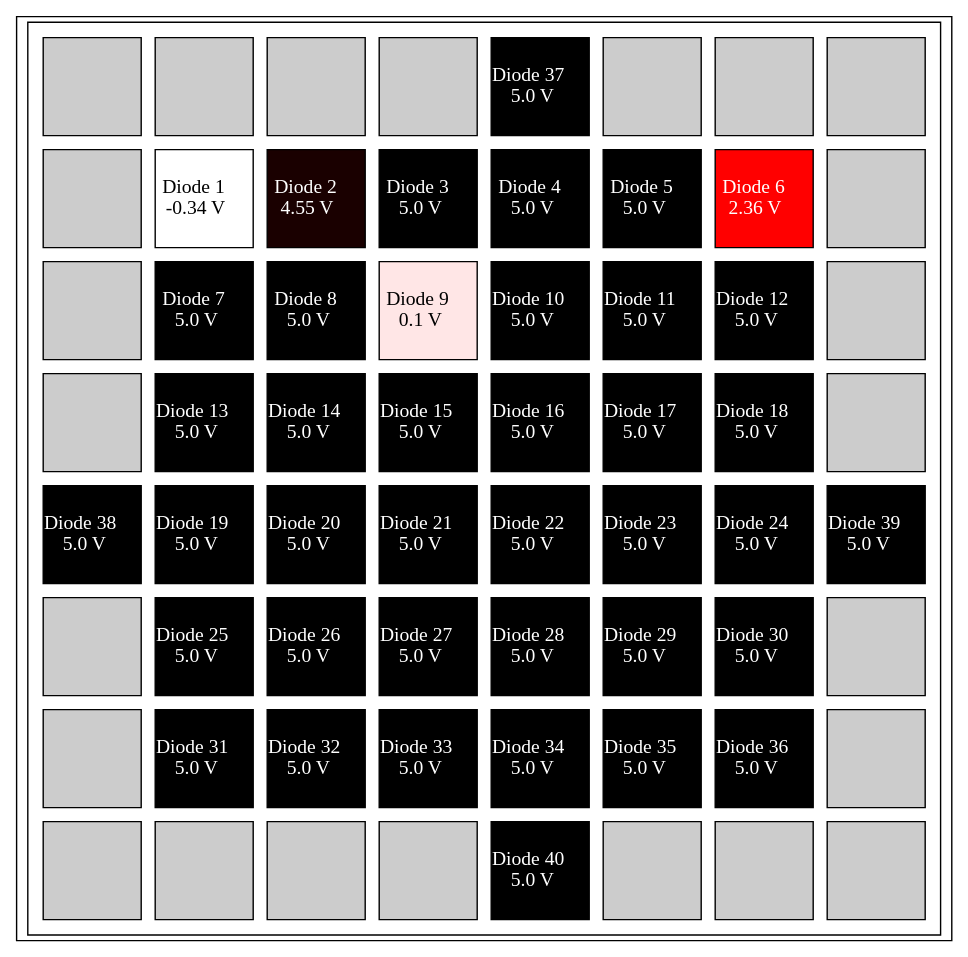
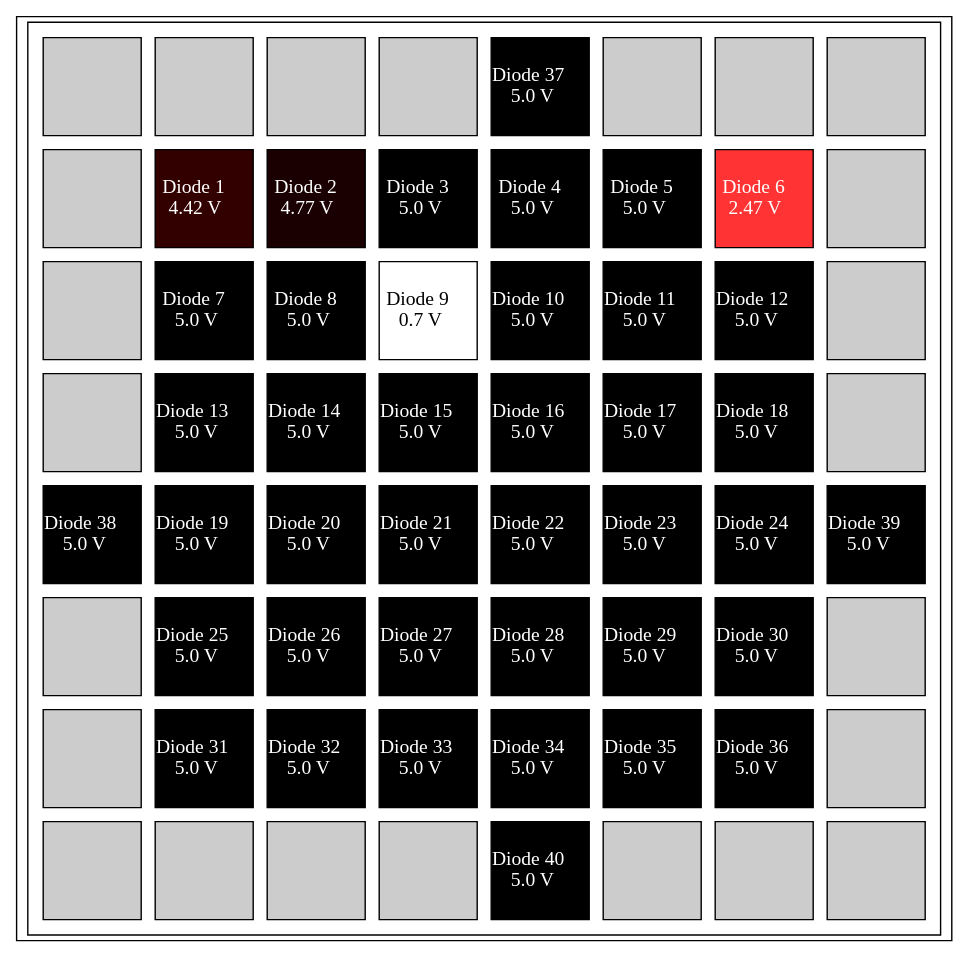
The diagram in array_table.gv (Karan-Takh/Diode-Dosimetry-Array), drawn with Graphviz before and after one commit. The commit also changed 2 other files, not shown here.

```diff
--- a/array_table.gv
+++ b/array_table.gv
@@ -1,195 +1,195 @@
 graph array_table {
 	node [shape=rectangle]
 	"Diode Array" [label=<<TABLE cellspacing="10">
     <TR>
         <TD bgcolor="#cccccc" fixedsize="true" width="70" height="70"></TD>
 
         <TD bgcolor="#cccccc" fixedsize="true" width="70" height="70"></TD>
 
         <TD bgcolor="#cccccc" fixedsize="true" width="70" height="70"></TD>
 
         <TD bgcolor="#cccccc" fixedsize="true" width="70" height="70"></TD>
 
         <TD bgcolor="#000000" fixedsize="true" width="70"
         height="70"><FONT COLOR="white">Diode 37 <BR align="center" /> 5.0 V</FONT></TD>
 
         <TD bgcolor="#cccccc" fixedsize="true" width="70" height="70"></TD>
 
         <TD bgcolor="#cccccc" fixedsize="true" width="70" height="70"></TD>
 
         <TD bgcolor="#cccccc" fixedsize="true" width="70" height="70"></TD>
     </TR>
 
 
     <TR>
         <TD bgcolor="#cccccc" fixedsize="true" width="70" height="70"></TD>
 
-        <TD bgcolor="#ffffff" fixedsize="true" width="70"
-        height="70"><FONT COLOR="black">Diode 1 <BR align="center" /> -0.34 V</FONT></TD>
+        <TD bgcolor="#330000" fixedsize="true" width="70"
+        height="70"><FONT COLOR="white">Diode 1 <BR align="center" /> 4.42 V</FONT></TD>
 
         <TD bgcolor="#1a0000" fixedsize="true" width="70"
-        height="70"><FONT COLOR="white">Diode 2 <BR align="center" /> 4.55 V</FONT></TD>
+        height="70"><FONT COLOR="white">Diode 2 <BR align="center" /> 4.77 V</FONT></TD>
 
         <TD bgcolor="#000000" fixedsize="true" width="70"
         height="70"><FONT COLOR="white">Diode 3 <BR align="center" /> 5.0 V</FONT></TD>
 
         <TD bgcolor="#000000" fixedsize="true" width="70"
         height="70"><FONT COLOR="white">Diode 4 <BR align="center" /> 5.0 V</FONT></TD>
 
         <TD bgcolor="#000000" fixedsize="true" width="70"
         height="70"><FONT COLOR="white">Diode 5 <BR align="center" /> 5.0 V</FONT></TD>
 
-        <TD bgcolor="#ff0000" fixedsize="true" width="70"
-        height="70"><FONT COLOR="white">Diode 6 <BR align="center" /> 2.36 V</FONT></TD>
+        <TD bgcolor="#ff3333" fixedsize="true" width="70"
+        height="70"><FONT COLOR="white">Diode 6 <BR align="center" /> 2.47 V</FONT></TD>
 
         <TD bgcolor="#cccccc" fixedsize="true" width="70" height="70"></TD>
     </TR>
 
 
     <TR>
         <TD bgcolor="#cccccc" fixedsize="true" width="70" height="70"></TD>
 
         <TD bgcolor="#000000" fixedsize="true" width="70"
         height="70"><FONT COLOR="white">Diode 7 <BR align="center" /> 5.0 V</FONT></TD>
 
         <TD bgcolor="#000000" fixedsize="true" width="70"
         height="70"><FONT COLOR="white">Diode 8 <BR align="center" /> 5.0 V</FONT></TD>
 
-        <TD bgcolor="#ffe6e6" fixedsize="true" width="70"
-        height="70"><FONT COLOR="black">Diode 9 <BR align="center" /> 0.1 V</FONT></TD>
+        <TD bgcolor="#ffffff" fixedsize="true" width="70"
+        height="70"><FONT COLOR="black">Diode 9 <BR align="center" /> 0.7 V</FONT></TD>
 
         <TD bgcolor="#000000" fixedsize="true" width="70"
         height="70"><FONT COLOR="white">Diode 10 <BR align="center" /> 5.0 V</FONT></TD>
 
         <TD bgcolor="#000000" fixedsize="true" width="70"
         height="70"><FONT COLOR="white">Diode 11 <BR align="center" /> 5.0 V</FONT></TD>
 
         <TD bgcolor="#000000" fixedsize="true" width="70"
         height="70"><FONT COLOR="white">Diode 12 <BR align="center" /> 5.0 V</FONT></TD>
 
         <TD bgcolor="#cccccc" fixedsize="true" width="70" height="70"></TD>
     </TR>
 
 
     <TR>
         <TD bgcolor="#cccccc" fixedsize="true" width="70" height="70"></TD>
 
         <TD bgcolor="#000000" fixedsize="true" width="70"
         height="70"><FONT COLOR="white">Diode 13 <BR align="center" /> 5.0 V</FONT></TD>
 
         <TD bgcolor="#000000" fixedsize="true" width="70"
         height="70"><FONT COLOR="white">Diode 14 <BR align="center" /> 5.0 V</FONT></TD>
 
         <TD bgcolor="#000000" fixedsize="true" width="70"
         height="70"><FONT COLOR="white">Diode 15 <BR align="center" /> 5.0 V</FONT></TD>
 
         <TD bgcolor="#000000" fixedsize="true" width="70"
         height="70"><FONT COLOR="white">Diode 16 <BR align="center" /> 5.0 V</FONT></TD>
 
         <TD bgcolor="#000000" fixedsize="true" width="70"
         height="70"><FONT COLOR="white">Diode 17 <BR align="center" /> 5.0 V</FONT></TD>
 
         <TD bgcolor="#000000" fixedsize="true" width="70"
         height="70"><FONT COLOR="white">Diode 18 <BR align="center" /> 5.0 V</FONT></TD>
 
         <TD bgcolor="#cccccc" fixedsize="true" width="70" height="70"></TD>
     </TR>
 
 
     <TR>
         <TD bgcolor="#000000" fixedsize="true" width="70"
         height="70"><FONT COLOR="white">Diode 38 <BR align="center" /> 5.0 V</FONT></TD>
 
         <TD bgcolor="#000000" fixedsize="true" width="70"
         height="70"><FONT COLOR="white">Diode 19 <BR align="center" /> 5.0 V</FONT></TD>
 
         <TD bgcolor="#000000" fixedsize="true" width="70"
         height="70"><FONT COLOR="white">Diode 20 <BR align="center" /> 5.0 V</FONT></TD>
 
         <TD bgcolor="#000000" fixedsize="true" width="70"
         height="70"><FONT COLOR="white">Diode 21 <BR align="center" /> 5.0 V</FONT></TD>
 
         <TD bgcolor="#000000" fixedsize="true" width="70"
         height="70"><FONT COLOR="white">Diode 22 <BR align="center" /> 5.0 V</FONT></TD>
 
         <TD bgcolor="#000000" fixedsize="true" width="70"
         height="70"><FONT COLOR="white">Diode 23 <BR align="center" /> 5.0 V</FONT></TD>
 
         <TD bgcolor="#000000" fixedsize="true" width="70"
         height="70"><FONT COLOR="white">Diode 24 <BR align="center" /> 5.0 V</FONT></TD>
 
         <TD bgcolor="#000000" fixedsize="true" width="70"
         height="70"><FONT COLOR="white">Diode 39 <BR align="center" /> 5.0 V</FONT></TD>
     </TR>
 
 
     <TR>
         <TD bgcolor="#cccccc" fixedsize="true" width="70" height="70"></TD>
 
         <TD bgcolor="#000000" fixedsize="true" width="70"
         height="70"><FONT COLOR="white">Diode 25 <BR align="center" /> 5.0 V</FONT></TD>
 
         <TD bgcolor="#000000" fixedsize="true" width="70"
         height="70"><FONT COLOR="white">Diode 26 <BR align="center" /> 5.0 V</FONT></TD>
 
         <TD bgcolor="#000000" fixedsize="true" width="70"
         height="70"><FONT COLOR="white">Diode 27 <BR align="center" /> 5.0 V</FONT></TD>
 
         <TD bgcolor="#000000" fixedsize="true" width="70"
         height="70"><FONT COLOR="white">Diode 28 <BR align="center" /> 5.0 V</FONT></TD>
 
         <TD bgcolor="#000000" fixedsize="true" width="70"
         height="70"><FONT COLOR="white">Diode 29 <BR align="center" /> 5.0 V</FONT></TD>
 
         <TD bgcolor="#000000" fixedsize="true" width="70"
         height="70"><FONT COLOR="white">Diode 30 <BR align="center" /> 5.0 V</FONT></TD>
 
         <TD bgcolor="#cccccc" fixedsize="true" width="70" height="70"></TD>
     </TR>
 
 
     <TR>
         <TD bgcolor="#cccccc" fixedsize="true" width="70" height="70"></TD>
 
         <TD bgcolor="#000000" fixedsize="true" width="70"
         height="70"><FONT COLOR="white">Diode 31 <BR align="center" /> 5.0 V</FONT></TD>
 
         <TD bgcolor="#000000" fixedsize="true" width="70"
         height="70"><FONT COLOR="white">Diode 32 <BR align="center" /> 5.0 V</FONT></TD>
 
         <TD bgcolor="#000000" fixedsize="true" width="70"
         height="70"><FONT COLOR="white">Diode 33 <BR align="center" /> 5.0 V</FONT></TD>
 
         <TD bgcolor="#000000" fixedsize="true" width="70"
         height="70"><FONT COLOR="white">Diode 34 <BR align="center" /> 5.0 V</FONT></TD>
 
         <TD bgcolor="#000000" fixedsize="true" width="70"
         height="70"><FONT COLOR="white">Diode 35 <BR align="center" /> 5.0 V</FONT></TD>
 
         <TD bgcolor="#000000" fixedsize="true" width="70"
         height="70"><FONT COLOR="white">Diode 36 <BR align="center" /> 5.0 V</FONT></TD>
 
         <TD bgcolor="#cccccc" fixedsize="true" width="70" height="70"></TD>
     </TR>
 
 
     <TR>
         <TD bgcolor="#cccccc" fixedsize="true" width="70" height="70"></TD>
 
         <TD bgcolor="#cccccc" fixedsize="true" width="70" height="70"></TD>
 
         <TD bgcolor="#cccccc" fixedsize="true" width="70" height="70"></TD>
 
         <TD bgcolor="#cccccc" fixedsize="true" width="70" height="70"></TD>
 
         <TD bgcolor="#000000" fixedsize="true" width="70"
         height="70"><FONT COLOR="white">Diode 40 <BR align="center" /> 5.0 V</FONT></TD>
 
         <TD bgcolor="#cccccc" fixedsize="true" width="70" height="70"></TD>
 
         <TD bgcolor="#cccccc" fixedsize="true" width="70" height="70"></TD>
 
         <TD bgcolor="#cccccc" fixedsize="true" width="70" height="70"></TD>
     </TR>
 </TABLE>>]
 }
```
